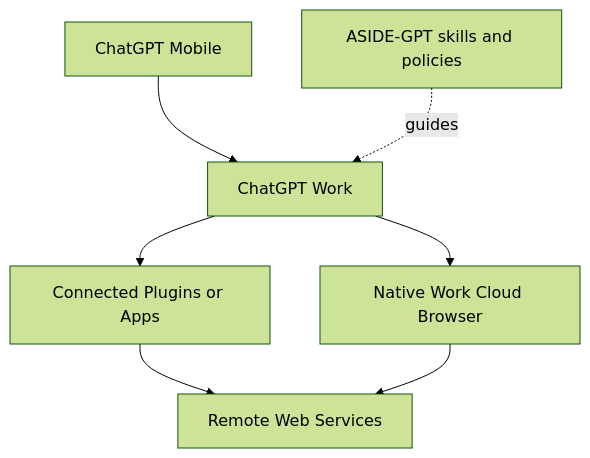
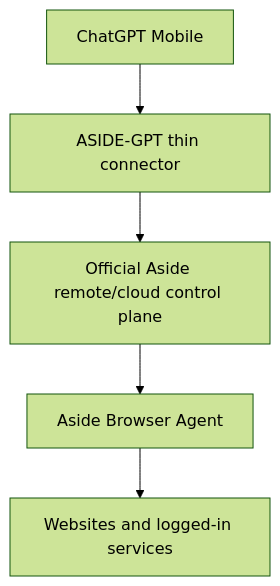
Before and after one commit to khs0927/ASIDE-GPT: the diagram in README.md, drawn with Mermaid (forest theme). The commit also changed other lines of this file, not shown here.

Commit message:
docs: restore official Aside as ASIDE-GPT execution engine

````diff
--- a/README.md
+++ b/README.md
@@ -7,9 +7,7 @@
 ```mermaid
 flowchart TD
-    M[ChatGPT Mobile] --> W[ChatGPT Work]
-    S[ASIDE-GPT skills and policies] -. guides .-> W
-    W --> A[Connected Plugins or Apps]
-    W --> B[Native Work Cloud Browser]
-    A --> R[Remote Web Services]
-    B --> R
+    M[ChatGPT Mobile] --> C[ASIDE-GPT thin connector]
+    C --> A[Official Aside remote/cloud control plane]
+    A --> B[Aside Browser Agent]
+    B --> W[Websites and logged-in services]
 ```
````
